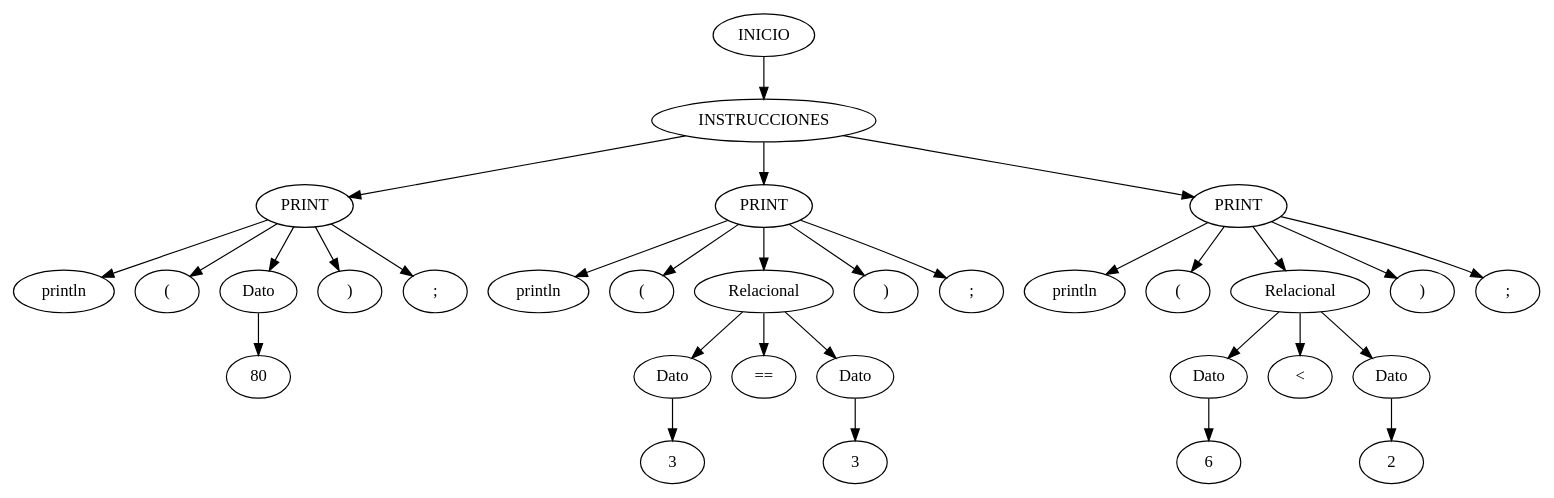
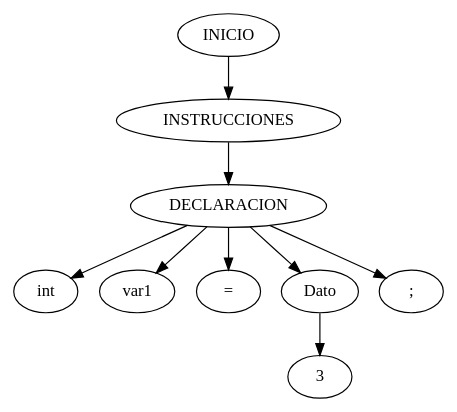
Before and after one commit to Ssolares0/OLC1_Proyecto2_202004822: the diagram in server/arbolAST.dot, drawn with Graphviz. The commit also changed 10 other files, not shown here.

```diff
--- a/server/arbolAST.dot
+++ b/server/arbolAST.dot
@@ -1,64 +1,20 @@
 digraph arbolAST{ 
       n0[label="INICIO"];
       n1[label="INSTRUCCIONES"];
       n0 -> n1;
-n2[label="PRINT"];
+n2[label="DECLARACION"];
       n1 -> n2;
-n3[label="println"];
+n3[label="int"];
       n2 -> n3;
-n4[label="("];
+n4[label="var1"];
       n2 -> n4;
-n5[label="Dato"];
+n5[label="="];
       n2 -> n5;
-n6[label="80"];
-      n5 -> n6;
-n7[label=")"];
-      n2 -> n7;
+n6[label="Dato"];
+      n2 -> n6;
+n7[label="3"];
+      n6 -> n7;
 n8[label=";"];
       n2 -> n8;
-n9[label="PRINT"];
-      n1 -> n9;
-n10[label="println"];
-      n9 -> n10;
-n11[label="("];
-      n9 -> n11;
-n12[label="Relacional"];
-      n9 -> n12;
-n13[label="Dato"];
-      n12 -> n13;
-n14[label="3"];
-      n13 -> n14;
-n15[label="=="];
-      n12 -> n15;
-n16[label="Dato"];
-      n12 -> n16;
-n17[label="3"];
-      n16 -> n17;
-n18[label=")"];
-      n9 -> n18;
-n19[label=";"];
-      n9 -> n19;
-n20[label="PRINT"];
-      n1 -> n20;
-n21[label="println"];
-      n20 -> n21;
-n22[label="("];
-      n20 -> n22;
-n23[label="Relacional"];
-      n20 -> n23;
-n24[label="Dato"];
-      n23 -> n24;
-n25[label="6"];
-      n24 -> n25;
-n26[label="<"];
-      n23 -> n26;
-n27[label="Dato"];
-      n23 -> n27;
-n28[label="2"];
-      n27 -> n28;
-n29[label=")"];
-      n20 -> n29;
-n30[label=";"];
-      n20 -> n30;
 
     }
```
